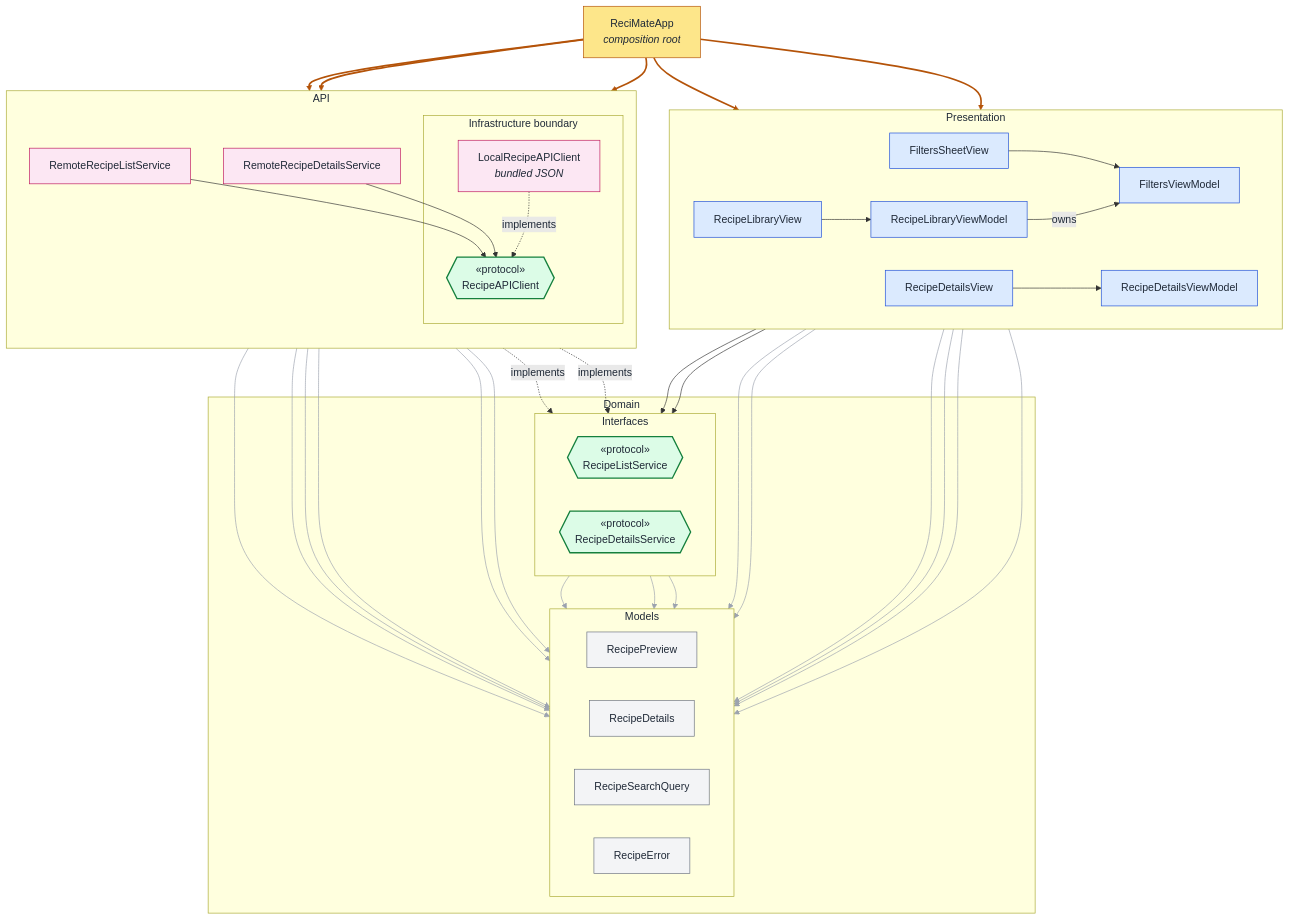
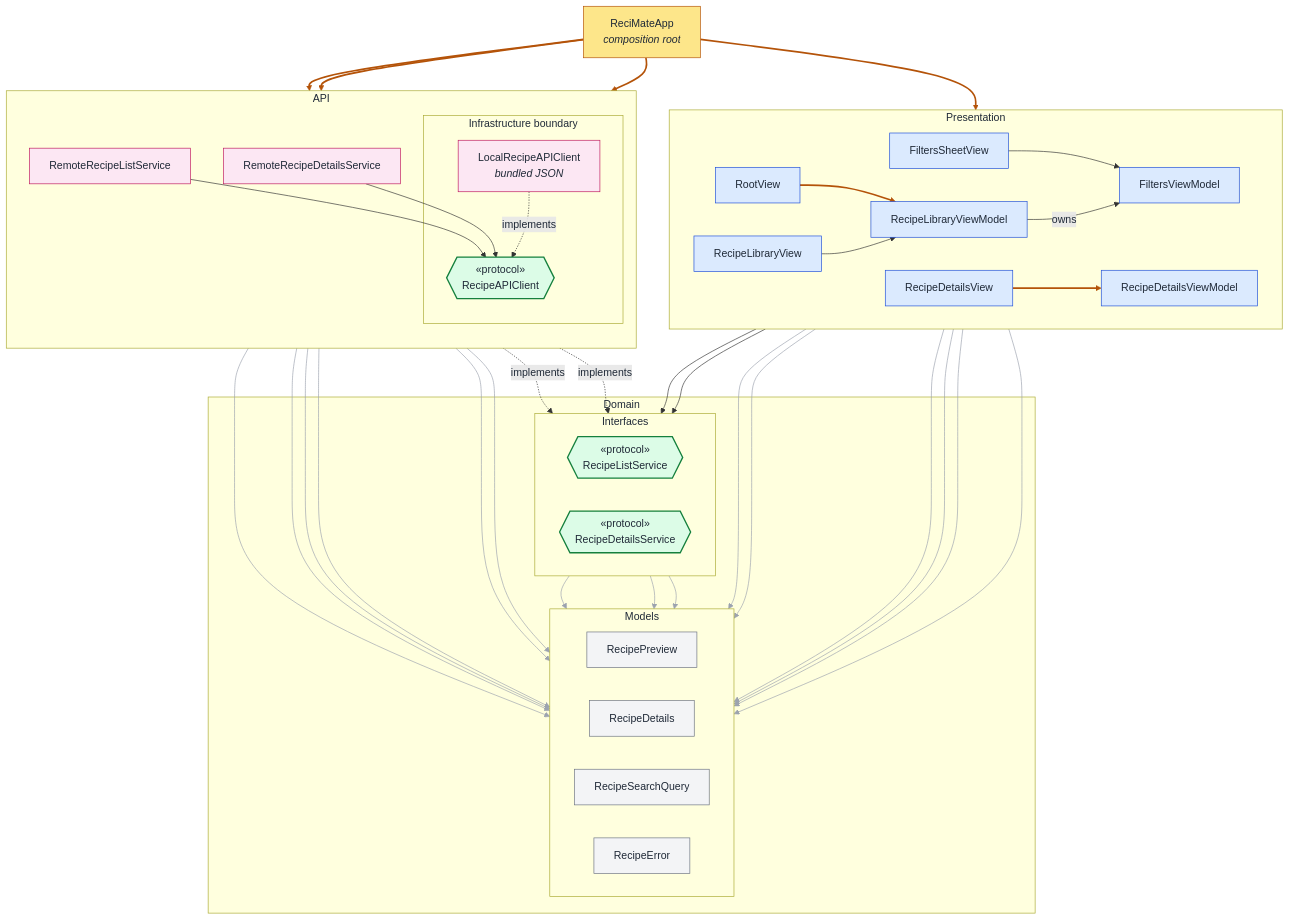
One commit to igdutra/recimate changed the diagram in docs/architecture.md. Above: the diagram before and after it, drawn with Mermaid. The commit also changed other lines of this file and 10 other files, not shown here.

````diff
--- a/docs/architecture.md
+++ b/docs/architecture.md
@@ -12,6 +12,7 @@
 
     subgraph Presentation
         direction LR
+        Root[RootView]
         LibraryView[RecipeLibraryView]
         LibraryVM[RecipeLibraryViewModel]
         FiltersView[FiltersSheetView]
@@ -45,9 +46,9 @@
         end
     end
 
-    %% Composition root: creates (0-4)
-    App ==> LibraryVM
-    App ==> DetailsVM
+    %% Creates (0-4, and 7)
+    App ==> Root
+    Root ==> LibraryVM
     App ==> RemoteList
     App ==> RemoteDetails
     App ==> LocalClient
@@ -55,7 +56,7 @@
     %% Presentation (5-10)
     LibraryView --> LibraryVM
     FiltersView --> FiltersVM
-    DetailsView --> DetailsVM
+    DetailsView ==> DetailsVM
     LibraryVM -->|owns| FiltersVM
     LibraryVM --> ListService
     DetailsVM --> DetailsService
@@ -91,11 +92,11 @@
     classDef api fill:#fce7f3,stroke:#be185d,color:#1f2937
 
     class App root
-    class LibraryView,LibraryVM,FiltersView,FiltersVM,DetailsView,DetailsVM presentation
+    class Root,LibraryView,LibraryVM,FiltersView,FiltersVM,DetailsView,DetailsVM presentation
     class ListService,DetailsService,APIClient protocol
     class Preview,Details,Query,Error model
     class RemoteList,RemoteDetails,LocalClient api
 
-    linkStyle 0,1,2,3,4 stroke:#b45309,stroke-width:2.5px
+    linkStyle 0,1,2,3,4,7 stroke:#b45309,stroke-width:2.5px
     linkStyle 16,17,18,19,20,21,22,23,24,25,26,27,28,29,30 stroke:#9ca3af,stroke-width:1px
 ```
````
